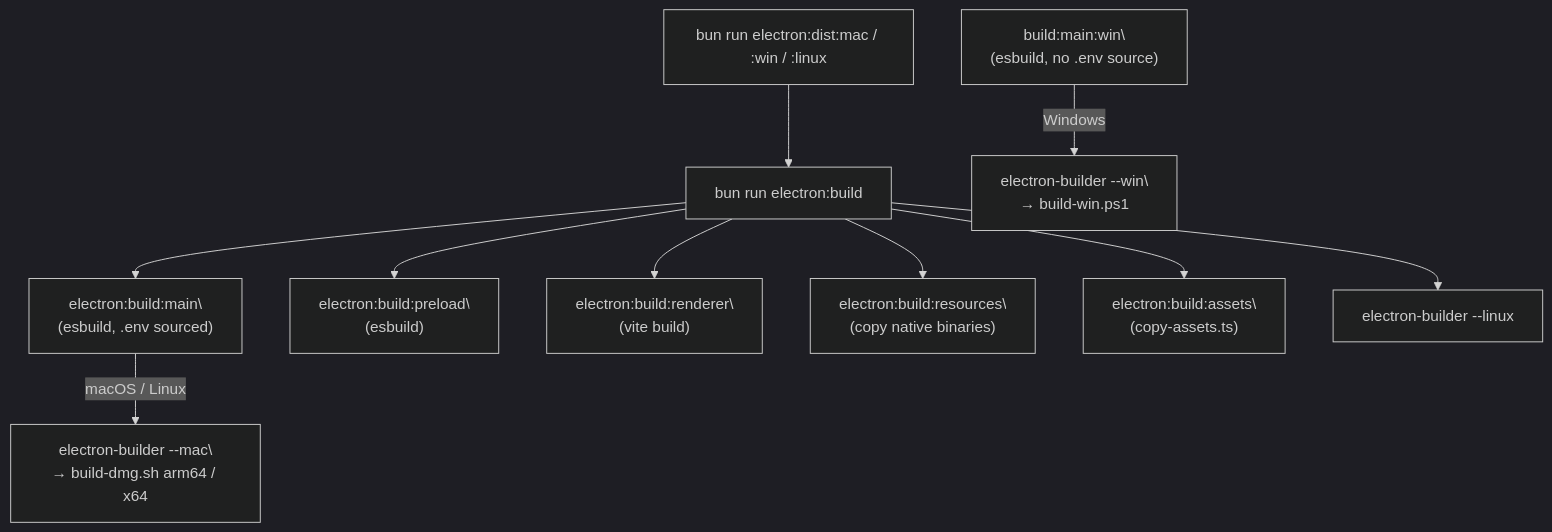
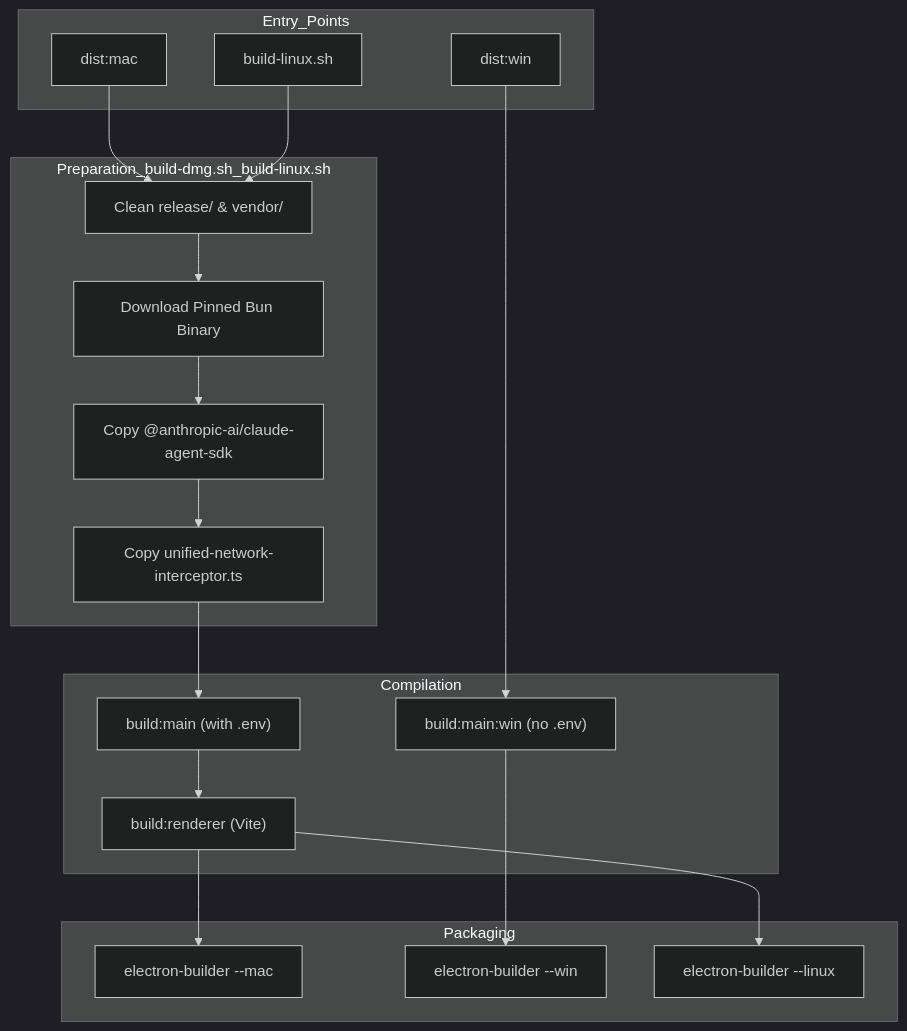
One commit to blackcater/zentree changed the first of 2 diagrams in docs/lukilabs_craft-agents-oss/building-and-distribution/platform-specific-builds.md. Above: the diagram before and after it, drawn with Mermaid (dark theme). The commit also changed other lines of this file and 232 other files, not shown here.

````diff
--- a/docs/lukilabs_craft-agents-oss/building-and-distribution/platform-specific-builds.md
+++ b/docs/lukilabs_craft-agents-oss/building-and-distribution/platform-specific-builds.md
@@ -38,32 +43,40 @@
 ```mermaid
 flowchart TD
-    A["bun run electron:dist:mac / :win / :linux"]
-    B["bun run electron:build"]
-    B1["electron:build:main\
-(esbuild, .env sourced)"]
-    B1w["build:main:win\
-(esbuild, no .env source)"]
-    B2["electron:build:preload\
-(esbuild)"]
-    B3["electron:build:renderer\
-(vite build)"]
-    B4["electron:build:resources\
-(copy native binaries)"]
-    B5["electron:build:assets\
-(copy-assets.ts)"]
-    C_mac["electron-builder --mac\
-→ build-dmg.sh arm64 / x64"]
-    C_win["electron-builder --win\
-→ build-win.ps1"]
-    C_linux["electron-builder --linux"]
+    subgraph "Entry_Points"
+        R_MAC["dist:mac"]
+        R_WIN["dist:win"]
+        R_LINUX["build-linux.sh"]
+    end
 
-    A --> B
-    B --> B1
-    B --> B2
-    B --> B3
-    B --> B4
-    B --> B5
-    B1 -- "macOS / Linux" --> C_mac
-    B1w -- "Windows" --> C_win
-    B --> C_linux
+    subgraph "Preparation_build-dmg.sh_build-linux.sh"
+        CLEAN["Clean release/ & vendor/"]
+        BUN_DL["Download Pinned Bun Binary"]
+        SDK_COPY["Copy @anthropic-ai/claude-agent-sdk"]
+        INT_COPY["Copy unified-network-interceptor.ts"]
+    end
+
+    subgraph "Compilation"
+        B_MAIN["build:main (with .env)"]
+        B_MAIN_WIN["build:main:win (no .env)"]
+        B_RENDER["build:renderer (Vite)"]
+    end
+
+    subgraph "Packaging"
+        EB_MAC["electron-builder --mac"]
+        EB_WIN["electron-builder --win"]
+        EB_LINUX["electron-builder --linux"]
+    end
+
+    R_MAC --> CLEAN
+    R_LINUX --> CLEAN
+    CLEAN --> BUN_DL
+    BUN_DL --> SDK_COPY
+    SDK_COPY --> INT_COPY
+    INT_COPY --> B_MAIN
+    B_MAIN --> B_RENDER
+    B_RENDER --> EB_MAC
+    B_RENDER --> EB_LINUX
+
+    R_WIN --> B_MAIN_WIN
+    B_MAIN_WIN --> EB_WIN
 ```
````
